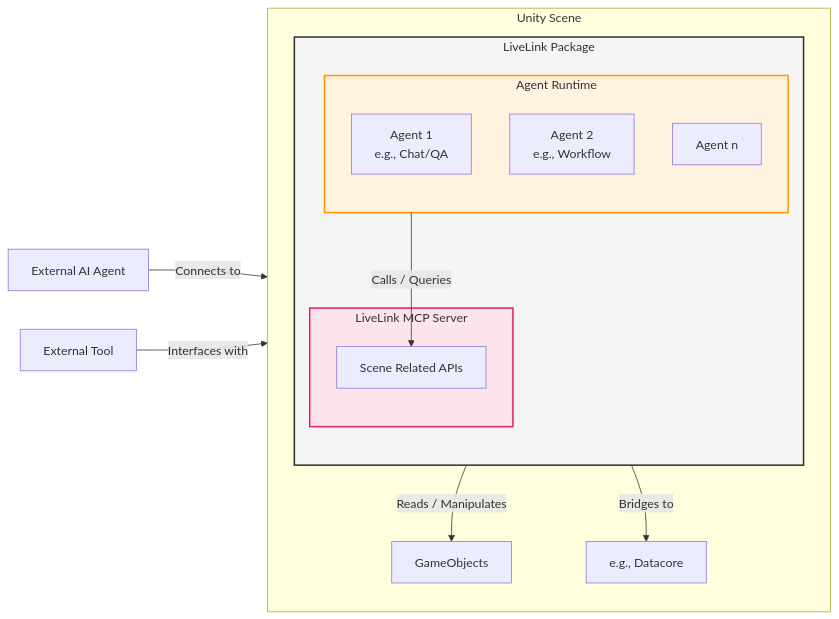
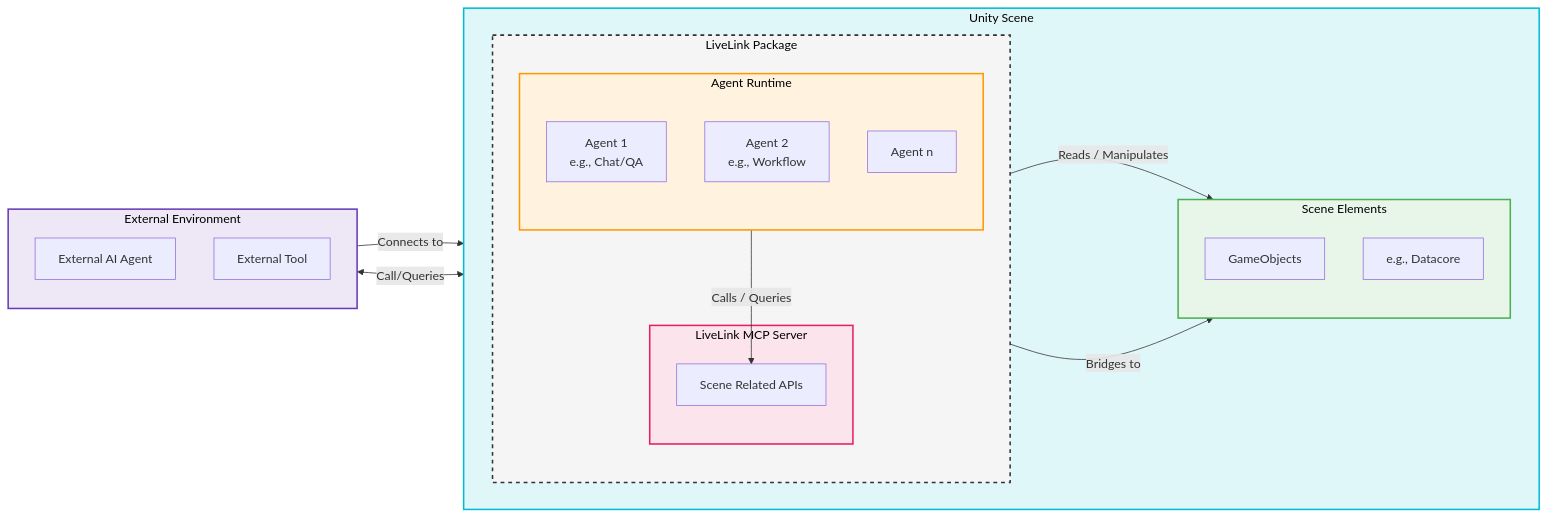
The diagram in README.md (Stlouislee/aiia-core-unity), drawn with Mermaid before and after one commit. The commit also changed other lines of this file, not shown here.

Commit message:
Revise README for LiveLink package description
Updated the README to enhance clarity and detail about LiveLink's capabilities and architecture.

````diff
--- a/README.md
+++ b/README.md
@@ -37,41 +35,60 @@
 ```mermaid
 flowchart LR
+    %% External Entities
+    subgraph External [External Environment]
+        direction TB
+        ExtAgent[External AI Agent]
+        ExtTool[External Tool]
+    end
+
+    %% Unity Environment
     subgraph UnityScene [Unity Scene]
-        direction TB
+        direction LR
 
         subgraph LiveLink [LiveLink Package]
             direction TB
+            
             subgraph MCPServer [LiveLink MCP Server]
                 SceneRelated[Scene Related APIs]
             end
-
+            
             subgraph AgentRuntime [Agent Runtime]
+                direction TB
                 Agent1[Agent 1 <br> e.g., Chat/QA]
                 Agent2[Agent 2 <br> e.g., Workflow]
                 Agent3[Agent n]
             end
-
+            
             AgentRuntime -->|Calls / Queries| SceneRelated
         end
 
-        GameObjects[GameObjects]
-        Datacore[e.g., Datacore]
+        subgraph SceneData [Scene Elements]
+            direction TB
+            GameObjects[GameObjects]
+            Datacore[e.g., Datacore]
+        end
 
+        %% Internal Scene Connections
         SceneRelated -->|Reads / Manipulates| GameObjects
         SceneRelated -->|Bridges to| Datacore
     end
 
-    ExtAgent[External AI Agent]
-    ExtTool[External Tool]
-
+    %% Cross-boundary connections
     ExtAgent -->|Connects to| SceneRelated
-    ExtTool -->|Interfaces with| Agent2
-
-    classDef runtime fill:#fff3e0,stroke:#ff9800,stroke-width:2px;
-    classDef mcp fill:#fce4ec,stroke:#e91e63,stroke-width:2px;
-    classDef livelink fill:#f5f5f5,stroke:#333,stroke-width:2px;
-
+    ExtTool <-->|Call/Queries| Agent2
+    
+    %% Styling and Themes
+    classDef runtime fill:#fff3e0,stroke:#ff9800,stroke-width:2px,color:#000;
+    classDef mcp fill:#fce4ec,stroke:#e91e63,stroke-width:2px,color:#000;
+    classDef livelink fill:#f5f5f5,stroke:#333,stroke-width:2px,stroke-dasharray: 5 5,color:#000;
+    classDef unity fill:#e0f7fa,stroke:#00bcd4,stroke-width:2px,color:#000;
+    classDef external fill:#ede7f6,stroke:#673ab7,stroke-width:2px,color:#000;
+    classDef elements fill:#e8f5e9,stroke:#4caf50,stroke-width:2px,color:#000;
+    
     class AgentRuntime runtime;
     class MCPServer mcp;
     class LiveLink livelink;
+    class UnityScene unity;
+    class External external;
+    class SceneData elements;
 ```
````
